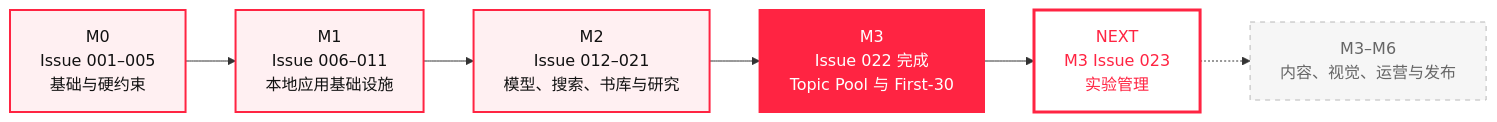
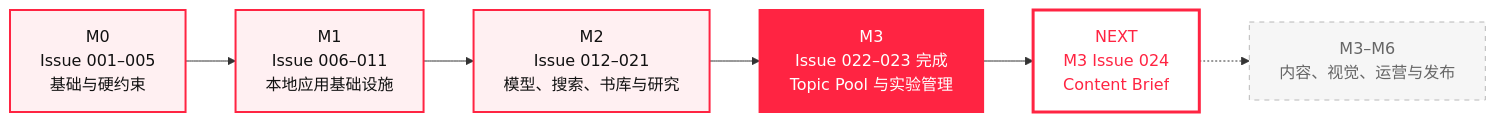
Before and after one commit to KAtOReNA7/Rednote-Automated-Operation-Tool: the first of 2 diagrams in README.md, drawn with Mermaid. The commit also changed other lines of this file and 79 other files, not shown here.

````diff
--- a/README.md
+++ b/README.md
@@ -58,18 +61,18 @@
 ```mermaid
 flowchart LR
     M0["M0<br/>Issue 001–005<br/>基础与硬约束"] --> M1["M1<br/>Issue 006–011<br/>本地应用基础设施"]
     M1 --> M2["M2<br/>Issue 012–021<br/>模型、搜索、书库与研究"]
-    M2 --> M3["M3<br/>Issue 022 完成<br/>Topic Pool 与 First-30"]
-    M3 --> NEXT["NEXT<br/>M3 Issue 023<br/>实验管理"]
+    M2 --> M3["M3<br/>Issue 022–023 完成<br/>Topic Pool 与实验管理"]
+    M3 --> NEXT["NEXT<br/>M3 Issue 024<br/>Content Brief"]
     NEXT -.-> FUTURE["M3–M6<br/>内容、视觉、运营与发布"]
 
     classDef done fill:#fff0f2,stroke:#ff2442,color:#111,stroke-width:2px;
     classDef active fill:#ff2442,stroke:#ff2442,color:#fff,stroke-width:2px;
     classDef next fill:#fff,stroke:#ff2442,color:#ff2442,stroke-width:3px;
     classDef future fill:#f6f6f6,stroke:#b8b8b8,color:#666,stroke-dasharray:5 5;
 
     class M0,M1,M2 done;
     class M3 active;
     class NEXT next;
     class FUTURE future;
 ```
````
